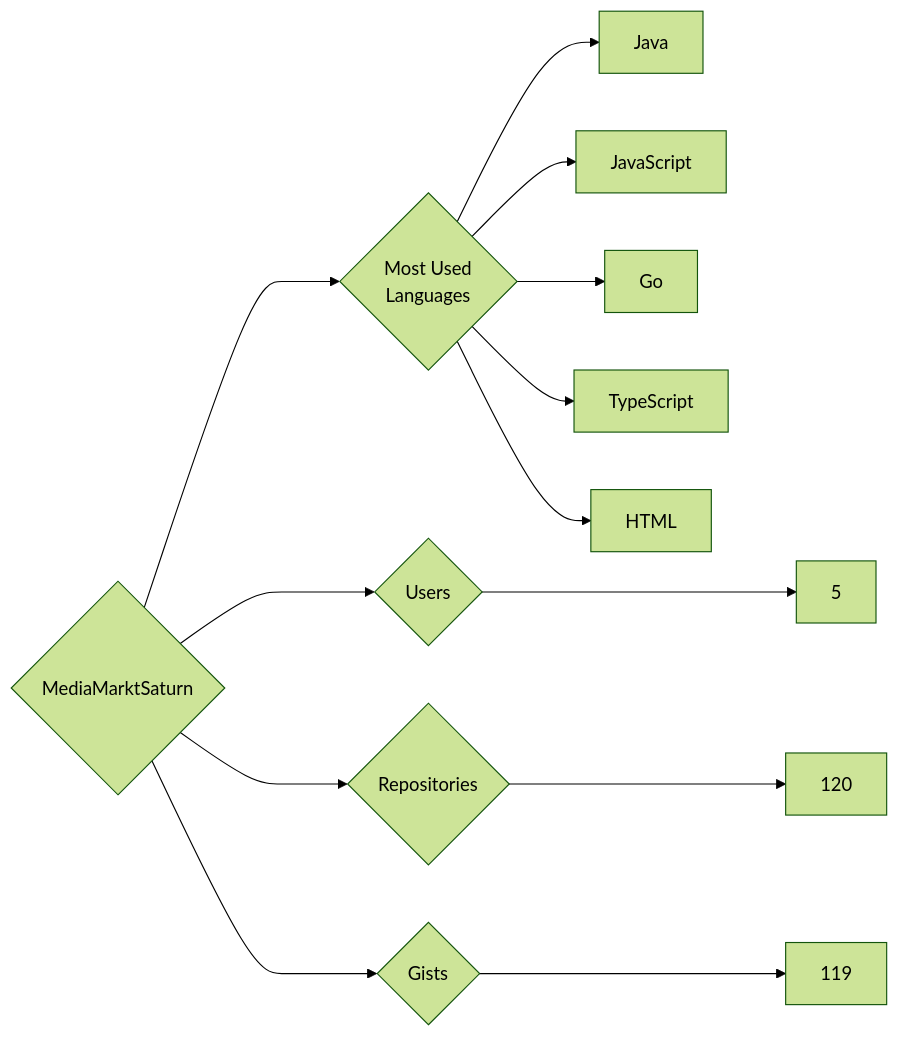
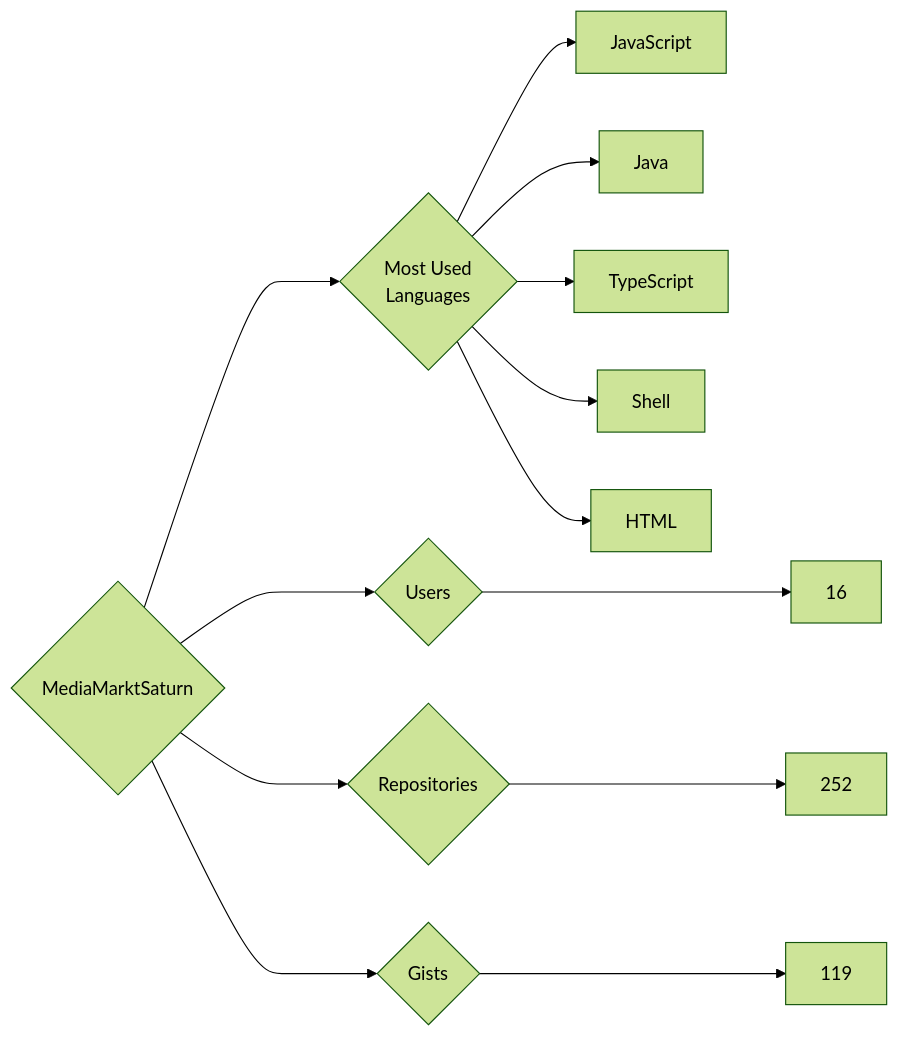
The diagram in targets/MediaMarktSaturn/README.md (trickest/insiders), drawn with Mermaid (forest theme) before and after one commit. The commit also changed 715 other files, not shown here.

````diff
--- a/targets/MediaMarktSaturn/README.md
+++ b/targets/MediaMarktSaturn/README.md
@@ -3,13 +3,13 @@
 ```mermaid
 graph LR
 COMPANY_NAME{MediaMarktSaturn}
-COMPANY_NAME ---> U{Users} ---> UN[5]
-COMPANY_NAME ---> R{Repositories} ---> RN[120]
+COMPANY_NAME ---> U{Users} ---> UN[16]
+COMPANY_NAME ---> R{Repositories} ---> RN[252]
 COMPANY_NAME ---> G{Gists} ---> GN[119]
 COMPANY_NAME ---> ML{Most Used<br>Languages}
+ML --> JavaScript[JavaScript]
 ML --> Java[Java]
-ML --> JavaScript[JavaScript]
-ML --> Go[Go]
 ML --> TypeScript[TypeScript]
+ML --> Shell[Shell]
 ML --> HTML[HTML]
 ```
````
